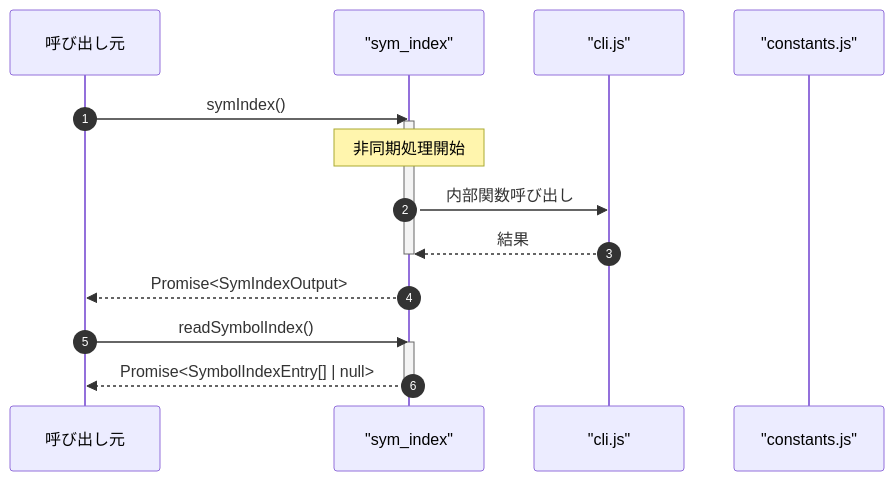
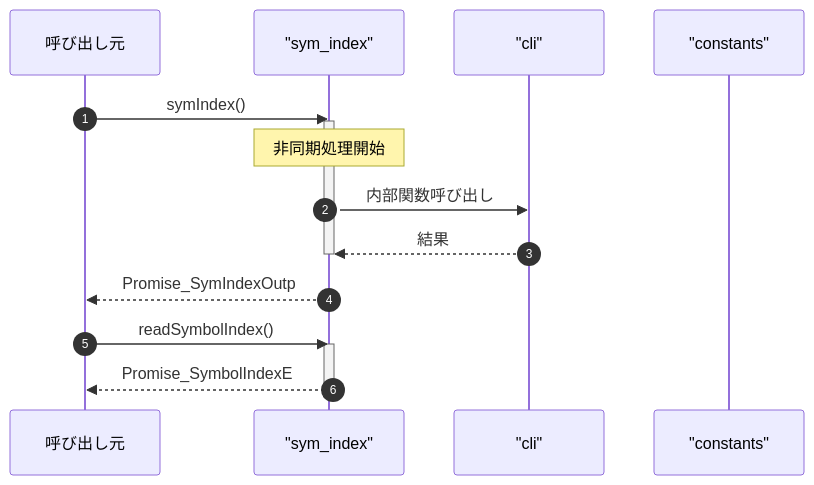
One commit to Mekann2904/mekann changed the fourth of 4 diagrams in ABDD/.pi/extensions/search/tools/sym_index.md. Above: the diagram before and after it, drawn with Mermaid. The commit also changed other lines of this file and 174 other files, not shown here.

First line of the commit message:
fix(docs): ABDDのMermaid図生成エラーを修正する

````diff
--- a/ABDD/.pi/extensions/search/tools/sym_index.md
+++ b/ABDD/.pi/extensions/search/tools/sym_index.md
@@ -77,21 +77,21 @@
 ```mermaid
 sequenceDiagram
   autonumber
   participant Caller as 呼び出し元
   participant sym_index as "sym_index"
-  participant cli_js as "cli.js"
-  participant constants_js as "constants.js"
+  participant cli as "cli"
+  participant constants as "constants"
 
   Caller->>sym_index: symIndex()
   activate sym_index
   Note over sym_index: 非同期処理開始
-  sym_index->>cli_js: 内部関数呼び出し
-  cli_js-->>sym_index: 結果
+  sym_index->>cli: 内部関数呼び出し
+  cli-->>sym_index: 結果
   deactivate sym_index
-  sym_index-->>Caller: Promise<SymIndexOutput>
+  sym_index-->>Caller: Promise_SymIndexOutp
 
   Caller->>sym_index: readSymbolIndex()
   activate sym_index
-  sym_index-->>Caller: Promise<SymbolIndexEntry[] | null>
+  sym_index-->>Caller: Promise_SymbolIndexE
   deactivate sym_index
 ```
````
